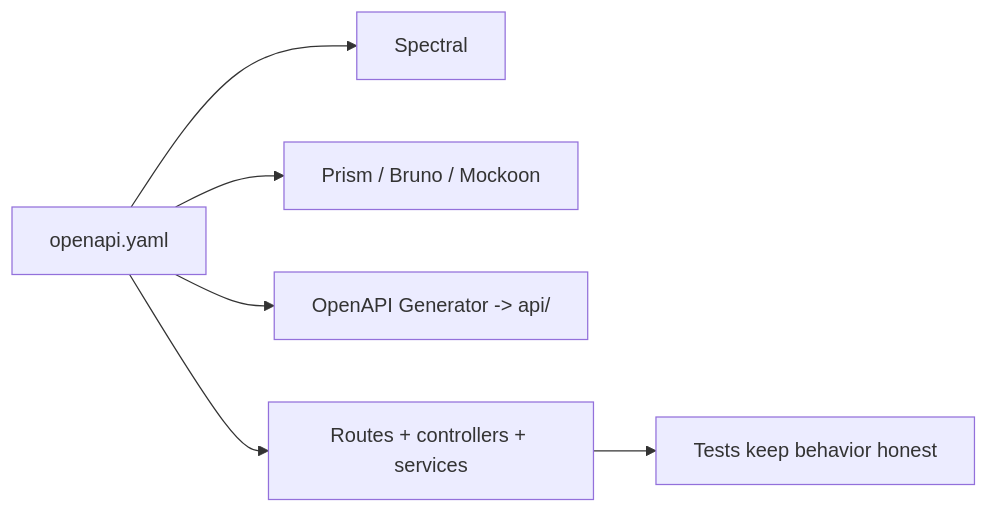
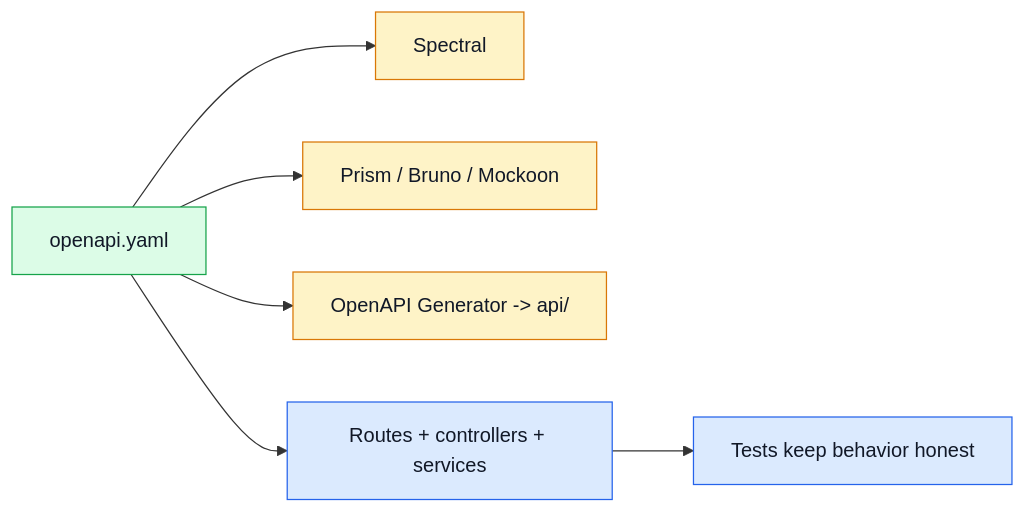
One commit to Guebbit/boilerplate-node-backend changed the diagram in docs/api/index.md. Above: the diagram before and after it, drawn with Mermaid. The commit also changed other lines of this file and 16 other files, not shown here.

````diff
--- a/docs/api/index.md
+++ b/docs/api/index.md
@@ -7,8 +7,16 @@
 ```mermaid
+%%{init: {'flowchart': {'nodeSpacing': 50, 'rankSpacing': 65}}}%%
 flowchart LR
     Spec[openapi.yaml] --> Lint[Spectral]
     Spec --> Mock[Prism / Bruno / Mockoon]
     Spec --> Types[OpenAPI Generator -> api/]
     Spec --> Impl[Routes + controllers + services]
     Impl --> Tests[Tests keep behavior honest]
+
+    classDef contract fill:#dcfce7,stroke:#16a34a,color:#111827;
+    classDef tooling fill:#fef3c7,stroke:#d97706,color:#111827;
+    classDef app fill:#dbeafe,stroke:#2563eb,color:#111827;
+    class Spec contract;
+    class Lint,Mock,Types tooling;
+    class Impl,Tests app;
 ```
````
